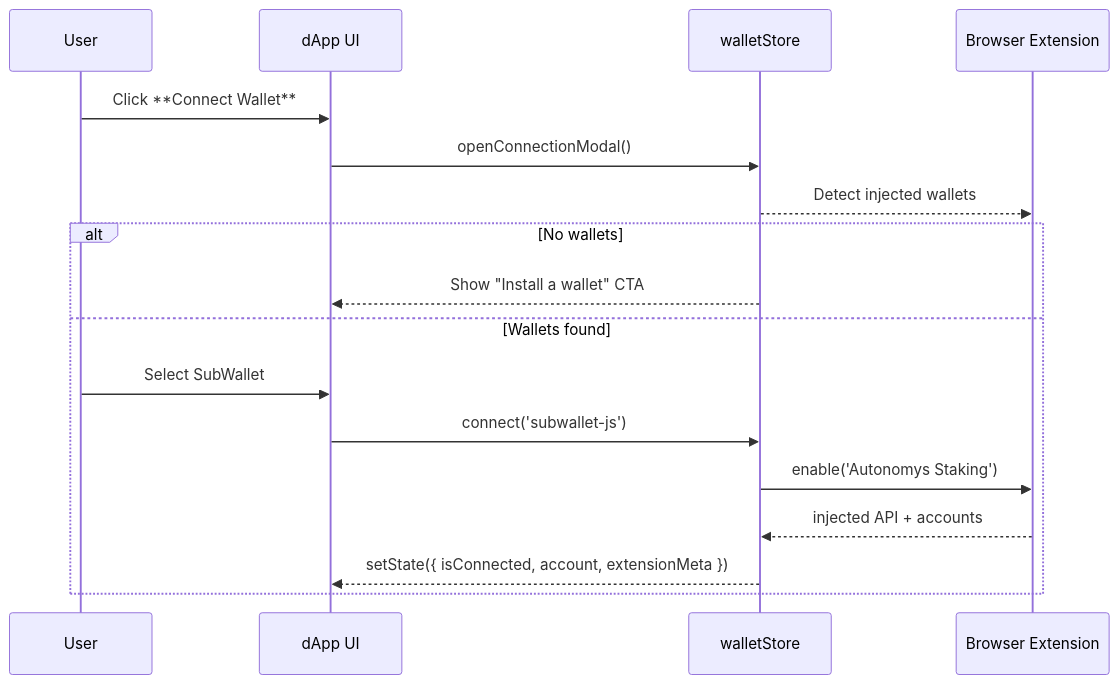
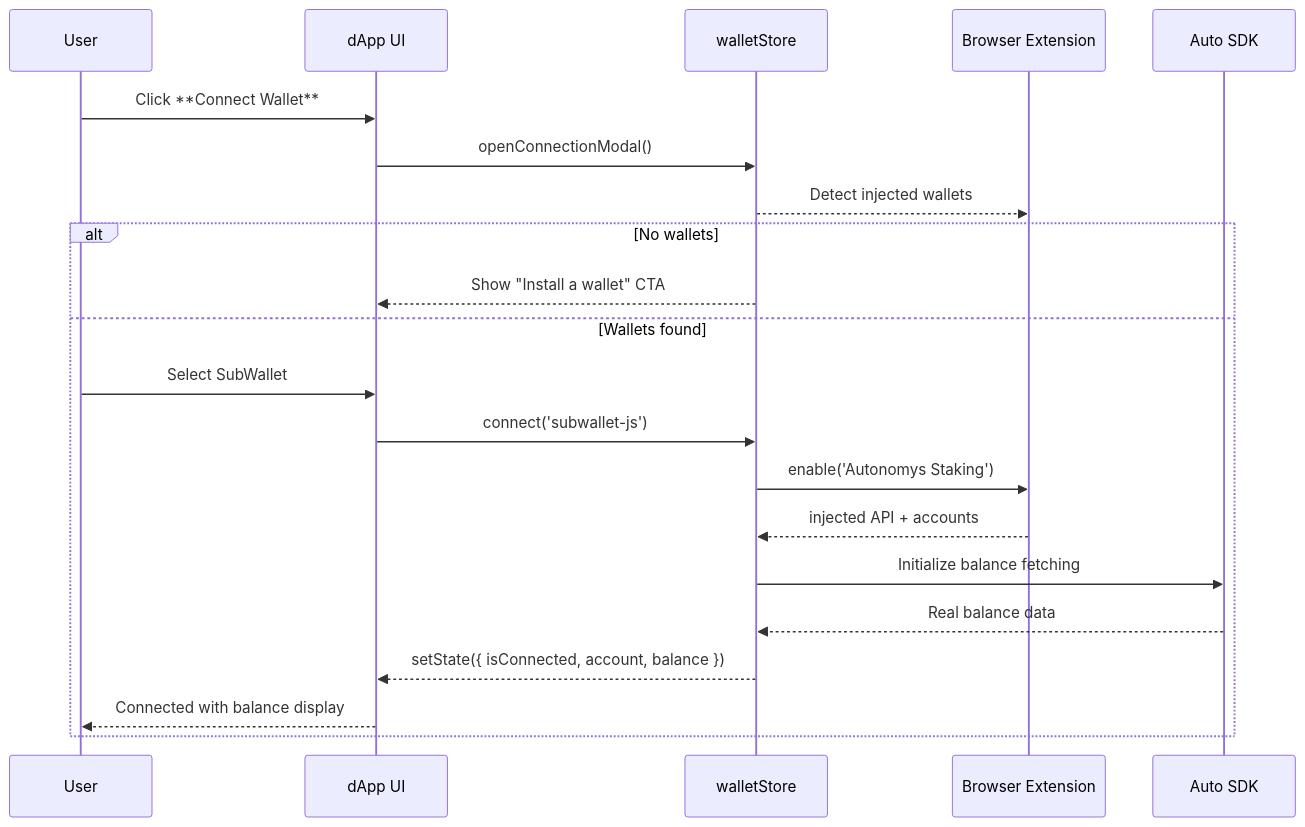
One commit to autonomys/auto-portal changed the diagram in product/wallet-integration.md. Above: the diagram before and after it, drawn with Mermaid. The commit also changed other lines of this file and 8 other files, not shown here.

````diff
--- a/product/wallet-integration.md
+++ b/product/wallet-integration.md
@@ -41,20 +42,24 @@
 ```mermaid
 sequenceDiagram
     participant U as User
     participant UI as dApp UI
     participant WS as walletStore
     participant EXT as Browser Extension
+    participant SDK as Auto SDK
 
     U->>UI: Click **Connect Wallet**
     UI->>WS: openConnectionModal()
     WS-->>EXT: Detect injected wallets
     alt No wallets
         WS-->>UI: Show "Install a wallet" CTA
     else Wallets found
         U->>UI: Select SubWallet
         UI->>WS: connect('subwallet-js')
         WS->>EXT: enable('Autonomys Staking')
         EXT-->>WS: injected API + accounts
-        WS-->>UI: setState({ isConnected, account, extensionMeta })
+        WS->>SDK: Initialize balance fetching
+        SDK-->>WS: Real balance data
+        WS-->>UI: setState({ isConnected, account, balance })
+        UI-->>U: Connected with balance display
     end
 ```
````
